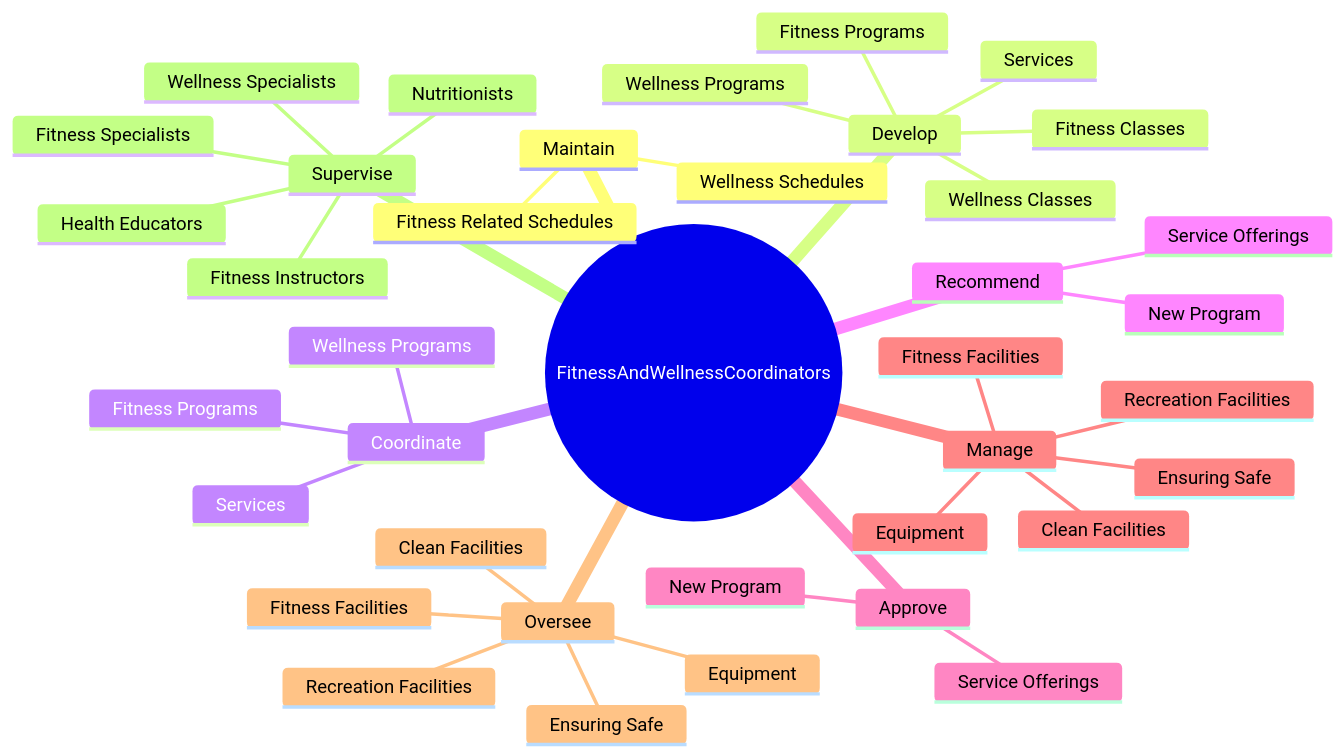
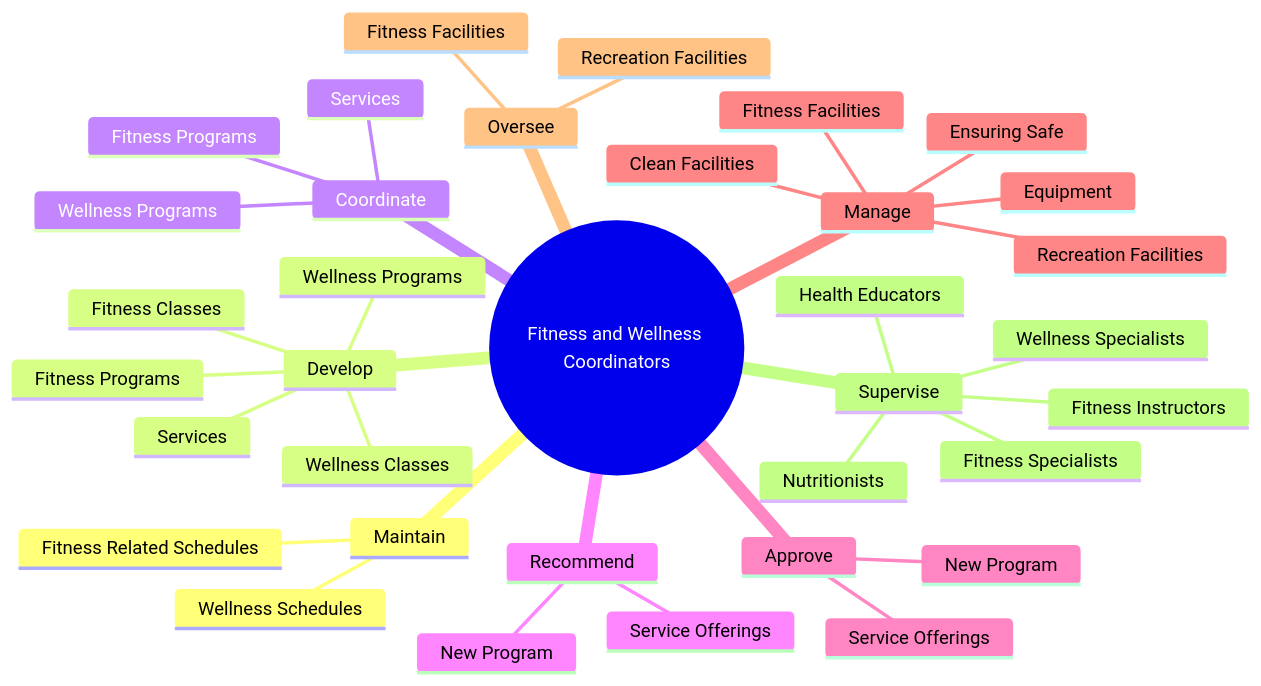
The second of 4 diagrams in occupations/Management/FitnessAndWellnessCoordinators.mdx (kziemski/business.org.ai), drawn with Mermaid before and after one commit. The commit also changed other lines of this file and 938 other files, not shown here.

````diff
--- a/occupations/Management/FitnessAndWellnessCoordinators.mdx
+++ b/occupations/Management/FitnessAndWellnessCoordinators.mdx
@@ -38,41 +46,38 @@
 ```mermaid
 mindmap
-    root(("FitnessAndWellnessCoordinators"))
+    root(("Fitness and Wellness Coordinators"))
         Maintain
             Wellness Schedules
             Fitness Related Schedules
         Develop
             Fitness Programs
             Services
             Wellness Programs
             Fitness Classes
             Wellness Classes
         Coordinate
             Fitness Programs
             Services
             Wellness Programs
         Recommend
             New Program
             Service Offerings
         Approve
             New Program
             Service Offerings
         Manage
             Fitness Facilities
             Recreation Facilities
             Ensuring Safe
             Clean Facilities
             Equipment
         Oversee
             Fitness Facilities
             Recreation Facilities
-            Ensuring Safe
-            Clean Facilities
-            Equipment
         Supervise
             Fitness Specialists
             Wellness Specialists
             Fitness Instructors
             Nutritionists
             Health Educators
 ```
````
